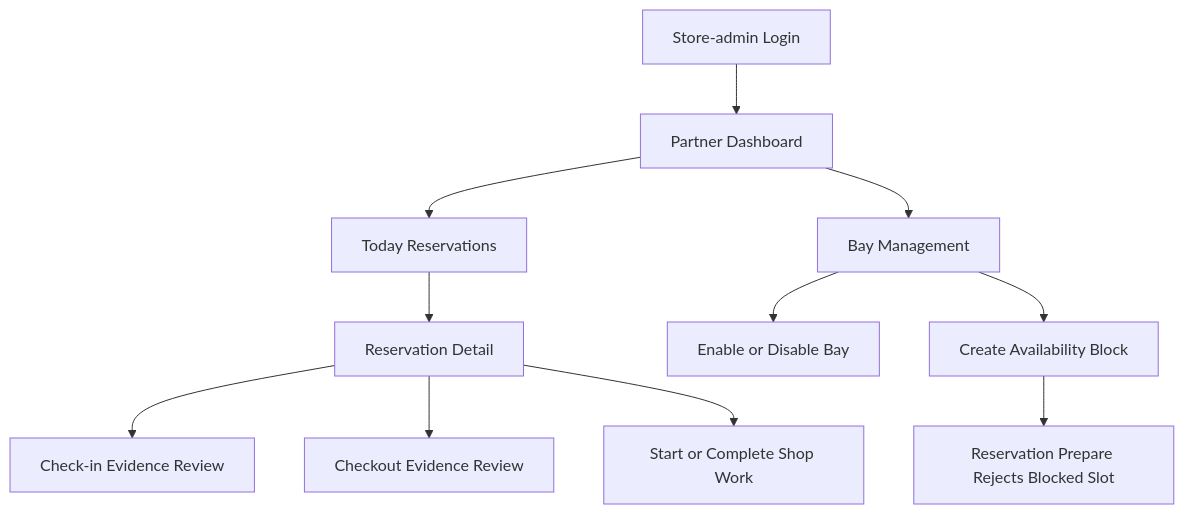
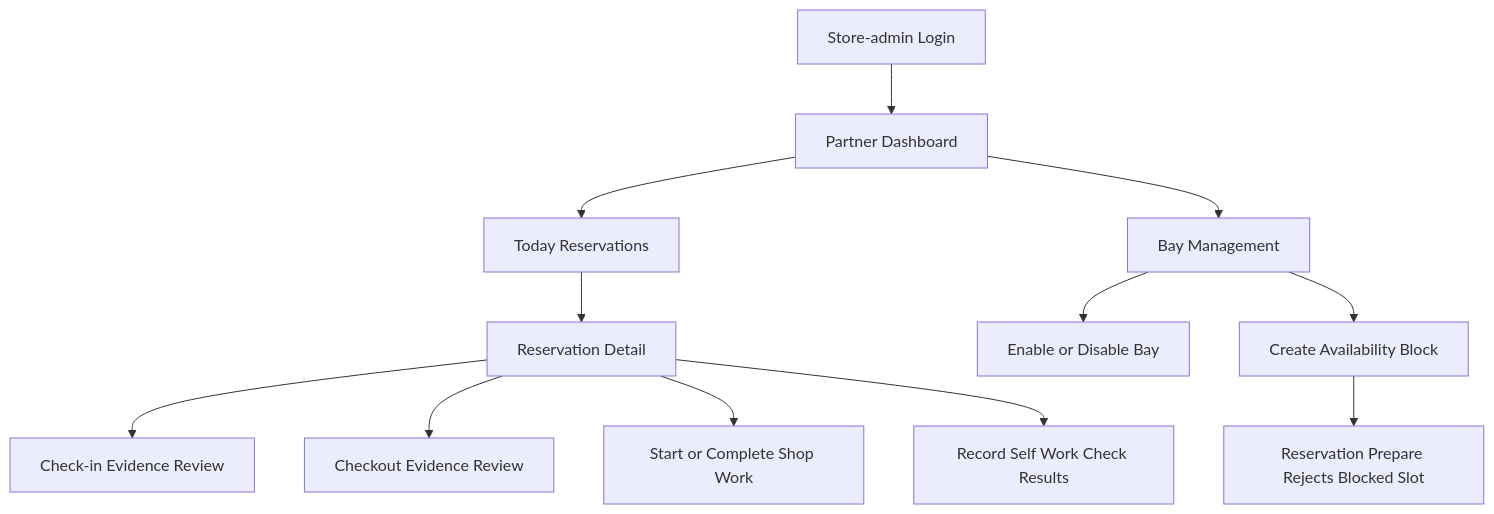
The third of 3 diagrams in docs/UserFlow_MVP.md (CWDll/pitNow), drawn with Mermaid before and after one commit. The commit also changed other lines of this file and 35 other files, not shown here.

````diff
--- a/docs/UserFlow_MVP.md
+++ b/docs/UserFlow_MVP.md
@@ -56,13 +60,14 @@
 ```mermaid
 flowchart TD
 A[Store-admin Login] --> B[Partner Dashboard]
 B --> C[Today Reservations]
 C --> D[Reservation Detail]
 D --> E[Check-in Evidence Review]
 D --> F[Checkout Evidence Review]
 D --> K[Start or Complete Shop Work]
+D --> L[Record Self Work Check Results]
 B --> G[Bay Management]
 G --> H[Enable or Disable Bay]
 G --> I[Create Availability Block]
 I --> J[Reservation Prepare Rejects Blocked Slot]
 ```
````
